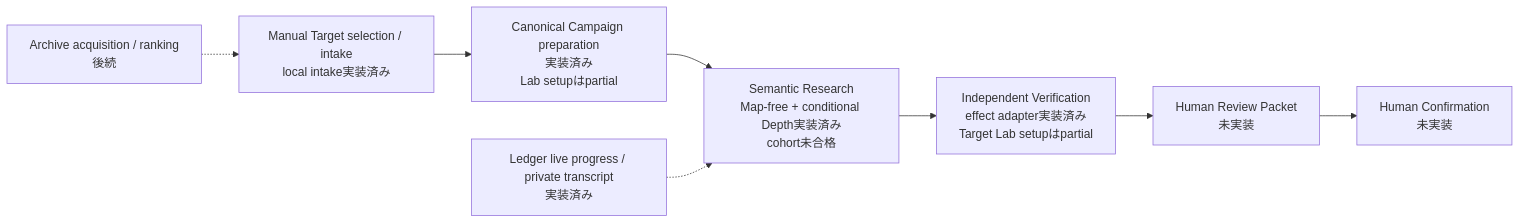
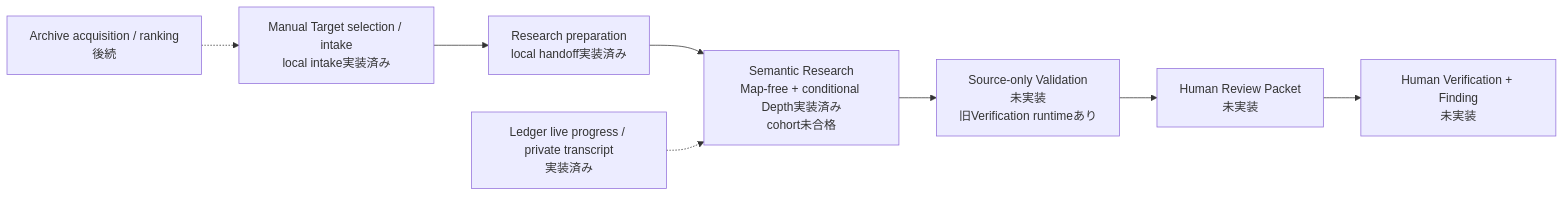
The first of 4 diagrams in docs/CODEBASE-GUIDE.md (momoponwork1415-lgtm/wordpress-harness), drawn with Mermaid before and after one commit. The commit also changed other lines of this file and 25 other files, not shown here.

Commit message:
Define source validation and human verification

````diff
--- a/docs/CODEBASE-GUIDE.md
+++ b/docs/CODEBASE-GUIDE.md
@@ -25,14 +25,14 @@
 ```mermaid
 flowchart LR
     local["Manual Target selection / intake<br/>local intake実装済み"]
-    prepare["Canonical Campaign preparation<br/>実装済み<br/>Lab setupはpartial"]
+    prepare["Research preparation<br/>local handoff実装済み"]
     research["Semantic Research<br/>Map-free + conditional Depth実装済み<br/>cohort未合格"]
-    proof["Independent Verification<br/>effect adapter実装済み<br/>Target Lab setupはpartial"]
+    validation["Source-only Validation<br/>未実装<br/>旧Verification runtimeあり"]
     packet["Human Review Packet<br/>未実装"]
-    confirm["Human Confirmation<br/>未実装"]
+    confirm["Human Verification + Finding<br/>未実装"]
 
-    local --> prepare --> research --> proof --> packet --> confirm
+    local --> prepare --> research --> validation --> packet --> confirm
 
     auto["Archive acquisition / ranking<br/>後続"] -.-> local
     observe["Ledger live progress / private transcript<br/>実装済み"] -.-> research
 ```
````
